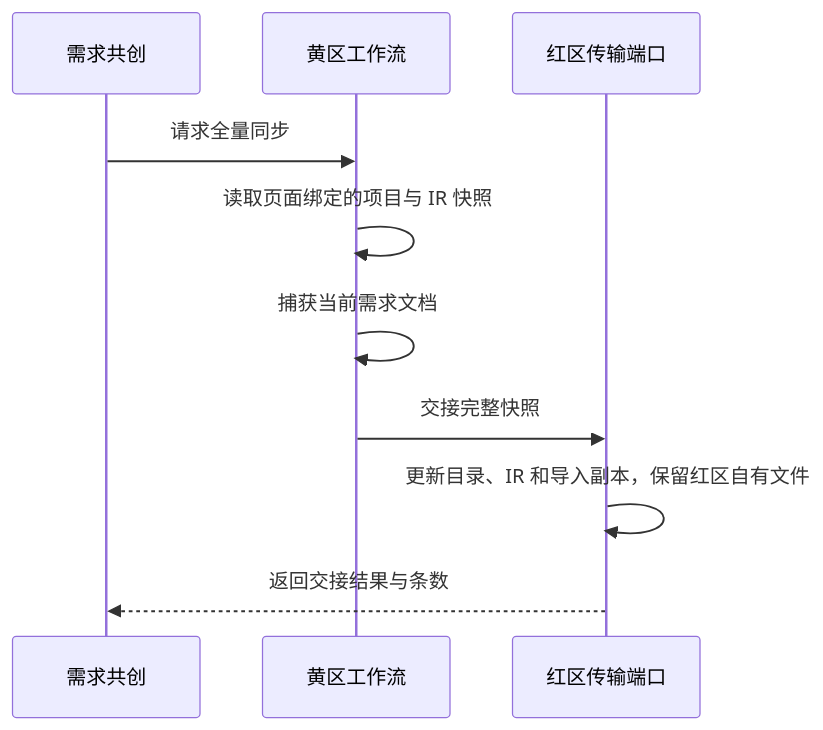
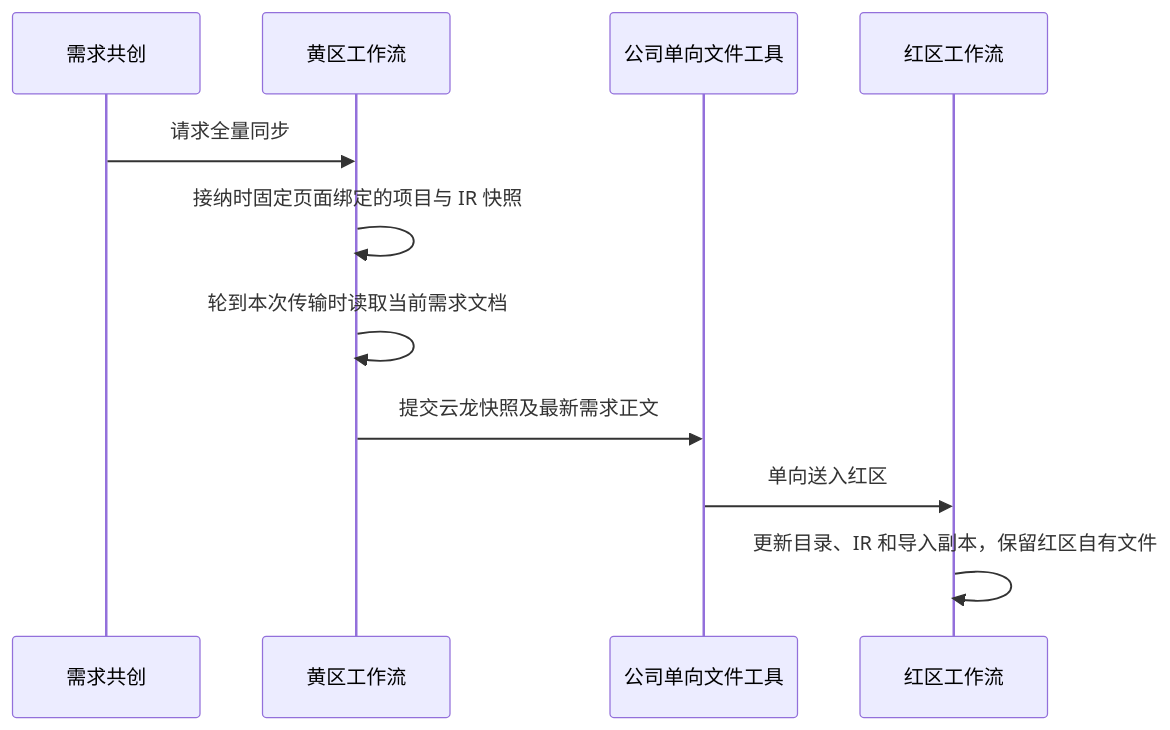
The first of 3 diagrams in docs/specs/aireq/proposals.md (jchanghong023/ZCode), drawn with Mermaid before and after one commit. The commit also changed other lines of this file and 68 other files, not shown here.

````diff
--- a/docs/specs/aireq/proposals.md
+++ b/docs/specs/aireq/proposals.md
@@ -22,12 +19,13 @@
 ```mermaid
 sequenceDiagram
   participant UI as 需求共创
   participant W as 黄区工作流
-  participant R as 红区传输端口
+  participant T as 公司单向文件工具
+  participant R as 红区工作流
   UI->>W: 请求全量同步
-  W->>W: 读取页面绑定的项目与 IR 快照
-  W->>W: 捕获当前需求文档
-  W->>R: 交接完整快照
+  W->>W: 接纳时固定页面绑定的项目与 IR 快照
+  W->>W: 轮到本次传输时读取当前需求文档
+  W->>T: 提交云龙快照及最新需求正文
+  T->>R: 单向送入红区
   R->>R: 更新目录、IR 和导入副本，保留红区自有文件
-  R-->>UI: 返回交接结果与条数
 ```
````
